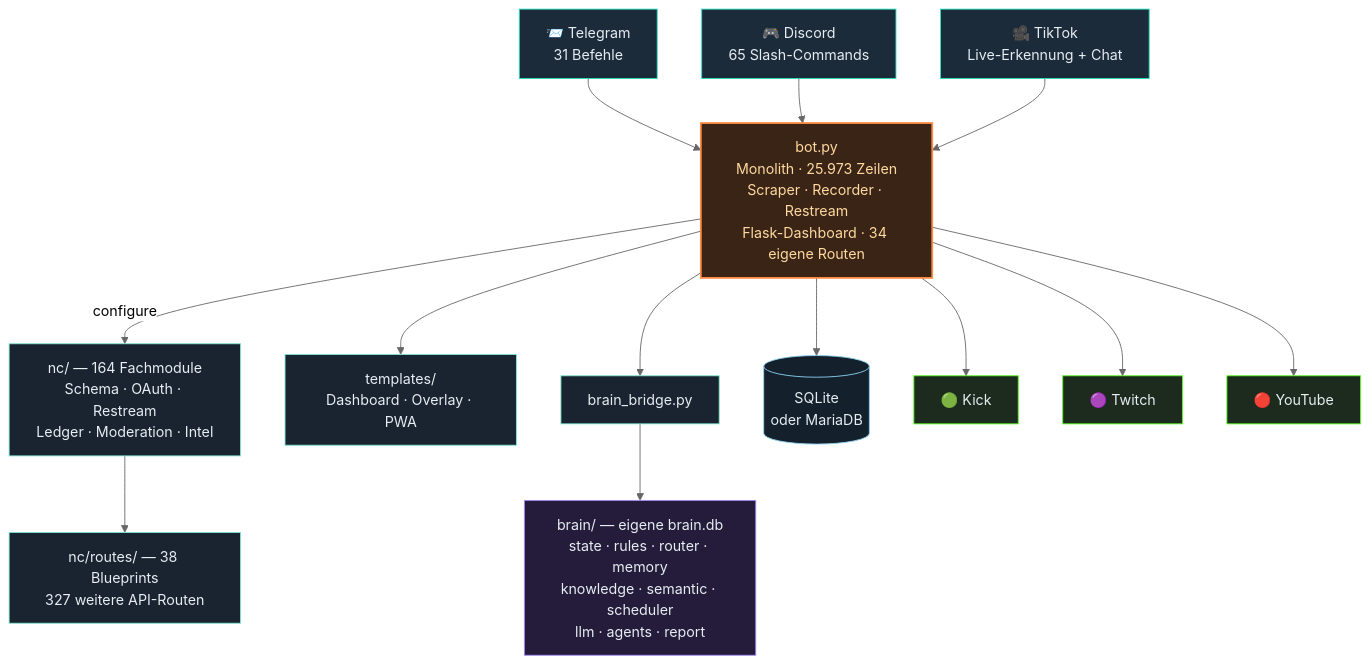
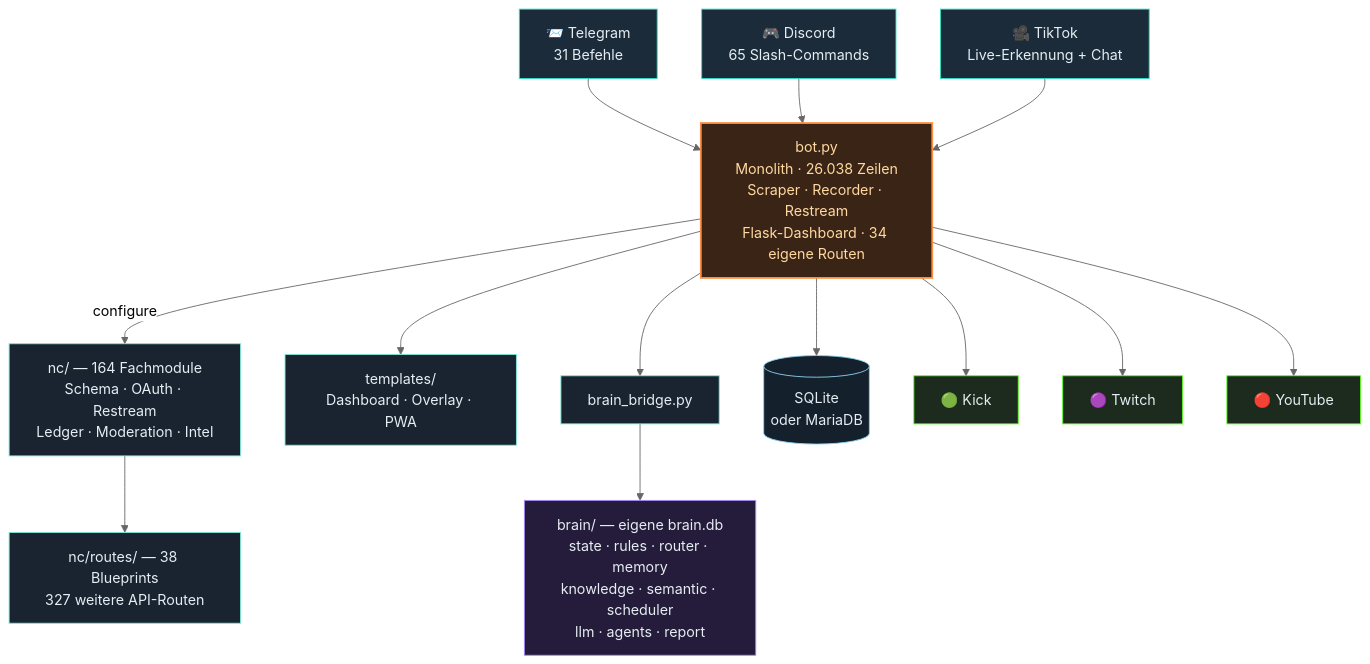
The third of 4 diagrams in README.md (itsamemedev/Telegram-Stream-Info-Bot), drawn with Mermaid (neutral theme) before and after one commit. The commit also changed other lines of this file and 14 other files, not shown here.

````diff
--- a/README.md
+++ b/README.md
@@ -200,30 +200,30 @@
 ```mermaid
 flowchart TB
     TG["📨 Telegram<br/>31 Befehle"]:::ein
     DC["🎮 Discord<br/>65 Slash-Commands"]:::ein
     TT["🎥 TikTok<br/>Live-Erkennung + Chat"]:::ein
 
     TG --> BOT
     DC --> BOT
     TT --> BOT
 
-    BOT["bot.py<br/>Monolith · 25.973 Zeilen<br/>Scraper · Recorder · Restream<br/>Flask-Dashboard · 34 eigene Routen"]:::core
+    BOT["bot.py<br/>Monolith · 26.038 Zeilen<br/>Scraper · Recorder · Restream<br/>Flask-Dashboard · 34 eigene Routen"]:::core
 
     BOT -->|configure| NC["nc/ — 164 Fachmodule<br/>Schema · OAuth · Restream<br/>Ledger · Moderation · Intel"]:::lib
     NC --> RT["nc/routes/ — 38 Blueprints<br/>327 weitere API-Routen"]:::lib
     BOT --> TPL["templates/<br/>Dashboard · Overlay · PWA"]:::lib
     BOT --> BR["brain_bridge.py"]:::lib
     BR --> BRAIN["brain/ — eigene brain.db<br/>state · rules · router · memory<br/>knowledge · semantic · scheduler<br/>llm · agents · report"]:::brain
     BOT --> DB[("SQLite<br/>oder MariaDB")]:::db
 
     BOT --> KICK["🟢 Kick"]:::out
     BOT --> TW["🟣 Twitch"]:::out
     BOT --> YT["🔴 YouTube"]:::out
 
     classDef ein fill:#1c2b3a,stroke:#2de1c2,color:#e6edf3
     classDef core fill:#3a2415,stroke:#ff8c42,stroke-width:2px,color:#ffd9a0
     classDef lib fill:#1a2430,stroke:#7fe7d4,color:#e6edf3
     classDef brain fill:#241c3a,stroke:#a78bfa,color:#e6edf3
     classDef db fill:#14202c,stroke:#8fd3f4,color:#e6edf3
     classDef out fill:#1c2b1e,stroke:#53fc18,color:#e6edf3
 ```
````
